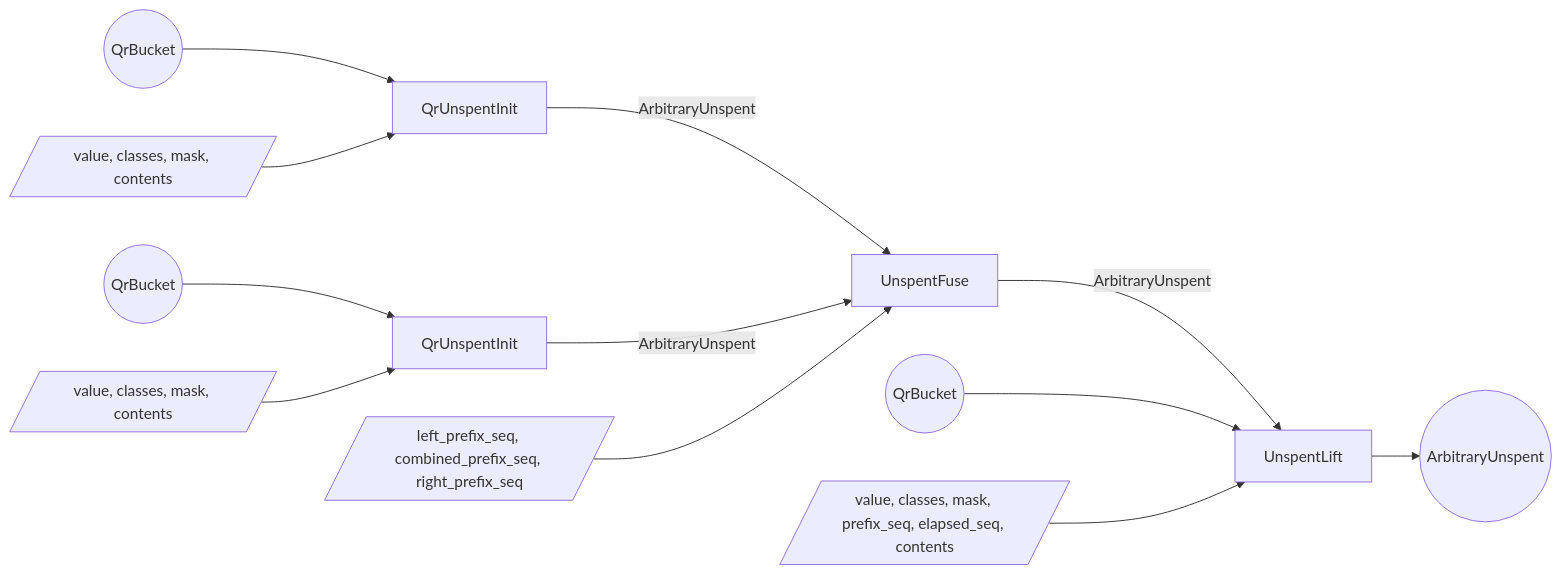
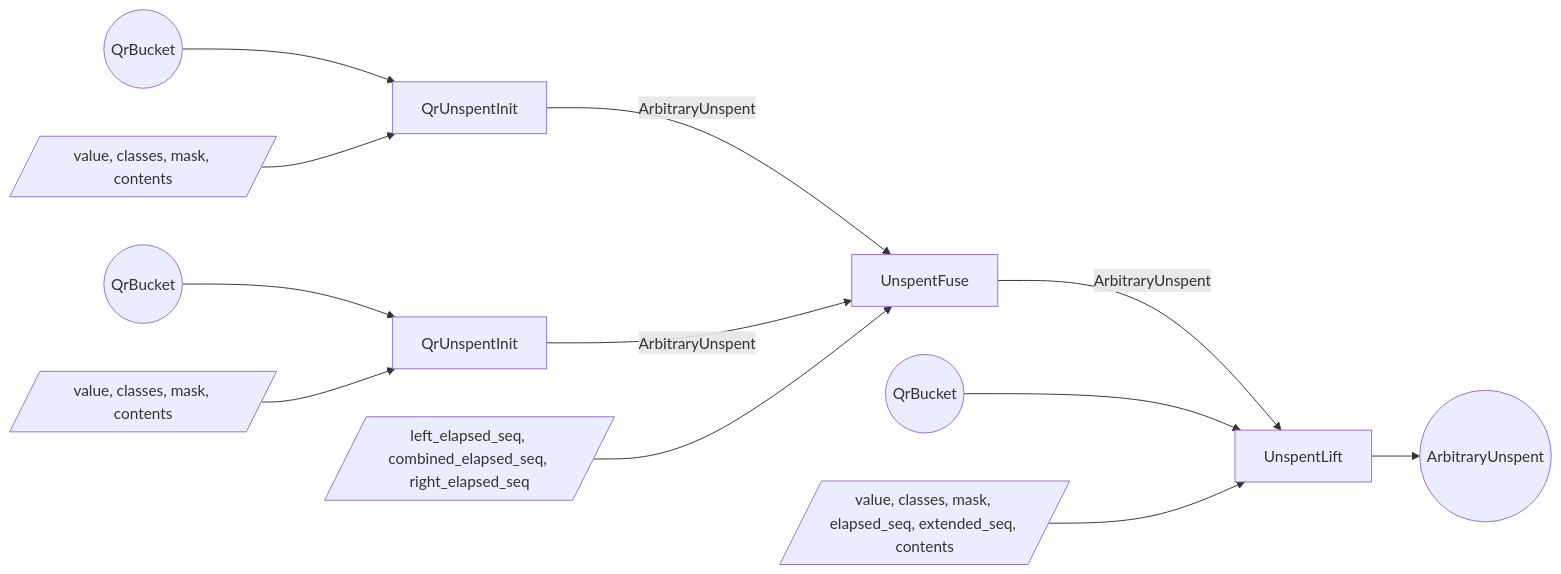
The third of 3 diagrams in book/src/proof-tree.md (tachyon-zcash/tachyon), drawn with Mermaid before and after one commit. The commit also changed other lines of this file and 5 other files, not shown here.

First line of the commit message:
refactor: call the unspent header's sequence elapsed again

````diff
--- a/book/src/proof-tree.md
+++ b/book/src/proof-tree.md
@@ -519,27 +516,27 @@
 ```mermaid
 flowchart LR
   bucket_e((QrBucket))
   w_init[/value, classes, mask, contents/]
   s_init[QrUnspentInit]
   bucket_next((QrBucket))
   w_next[/value, classes, mask, contents/]
   s_next[QrUnspentInit]
-  w_ufuse[/left_prefix_seq, combined_prefix_seq, right_prefix_seq/]
+  w_ufuse[/left_elapsed_seq, combined_elapsed_seq, right_elapsed_seq/]
   s_ufuse[UnspentFuse]
   bucket_after((QrBucket))
-  w_ulift[/value, classes, mask, prefix_seq, elapsed_seq, contents/]
+  w_ulift[/value, classes, mask, elapsed_seq, extended_seq, contents/]
   s_ulift[UnspentLift]
   unspent_out((ArbitraryUnspent))
 
   bucket_e --> s_init
   w_init --> s_init
   bucket_next --> s_next
   w_next --> s_next
   s_init -->|ArbitraryUnspent| s_ufuse
   s_next -->|ArbitraryUnspent| s_ufuse
   w_ufuse --> s_ufuse
   s_ufuse -->|ArbitraryUnspent| s_ulift
   bucket_after --> s_ulift
   w_ulift --> s_ulift
   s_ulift --> unspent_out
 ```
````
